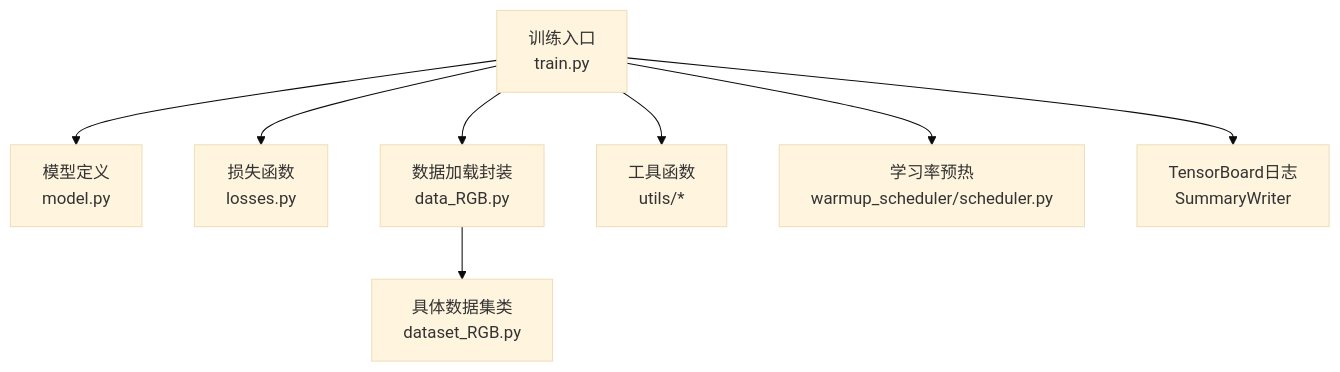
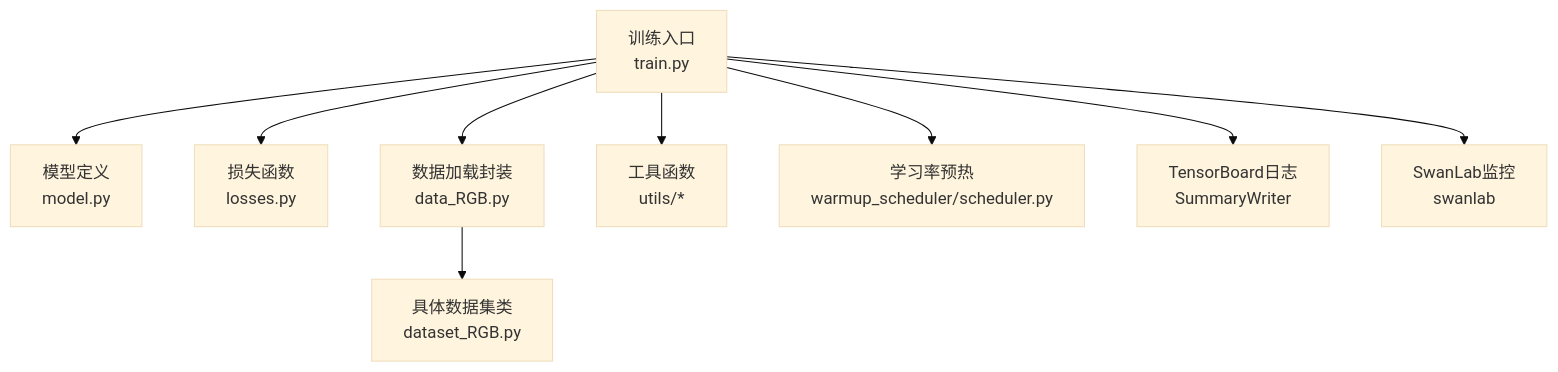
One commit to MSan333/NeRD-Rain-main changed the first of 6 diagrams in .qoder/repowiki/zh/content/训练框架/训练框架.md. Above: the diagram before and after it, drawn with Mermaid (base theme). The commit also changed other lines of this file and 8 other files, not shown here.

````diff
--- a/.qoder/repowiki/zh/content/训练框架/训练框架.md
+++ b/.qoder/repowiki/zh/content/训练框架/训练框架.md
@@ -37,10 +44,11 @@
 ```mermaid
 graph TB
 A["训练入口<br/>train.py"] --> B["模型定义<br/>model.py"]
 A --> C["损失函数<br/>losses.py"]
 A --> D["数据加载封装<br/>data_RGB.py"]
 D --> E["具体数据集类<br/>dataset_RGB.py"]
 A --> F["工具函数<br/>utils/*"]
 A --> G["学习率预热<br/>warmup_scheduler/scheduler.py"]
 A --> H["TensorBoard日志<br/>SummaryWriter"]
+A --> I["SwanLab监控<br/>swanlab"]
 ```
````
